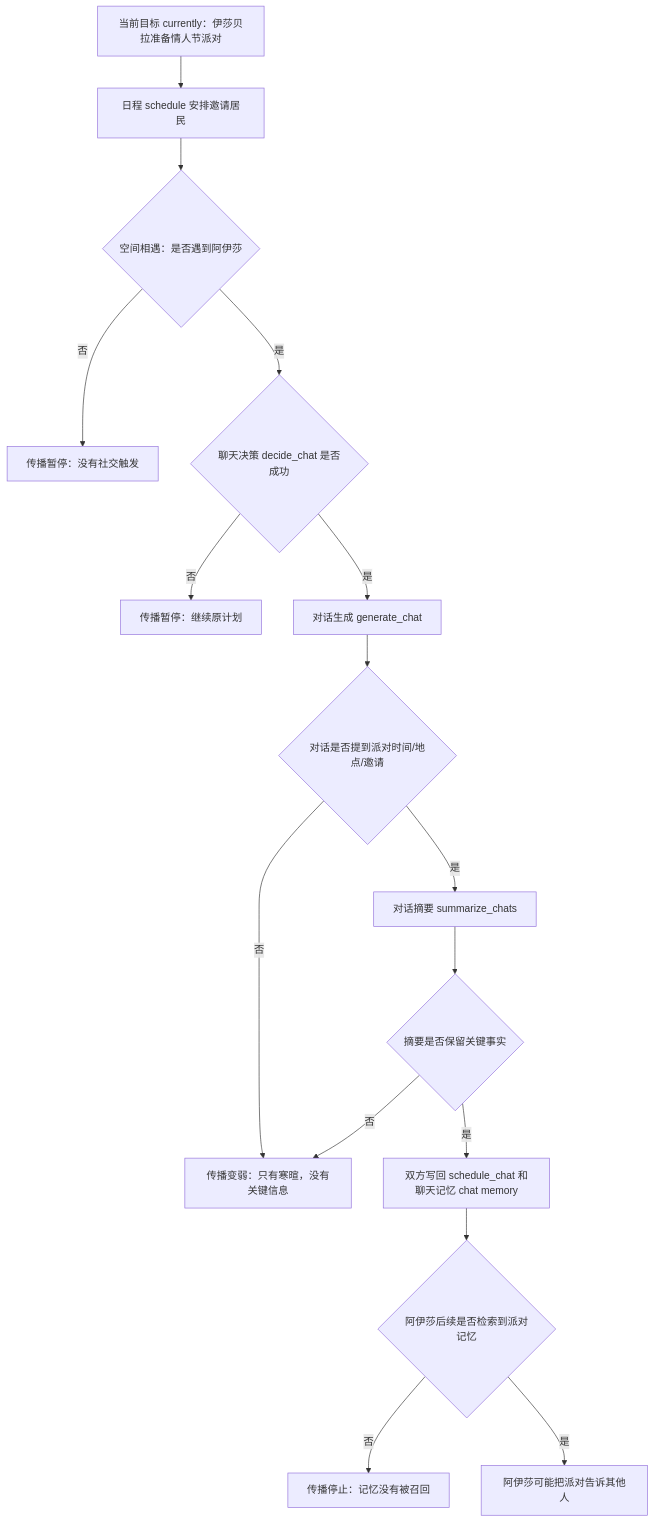
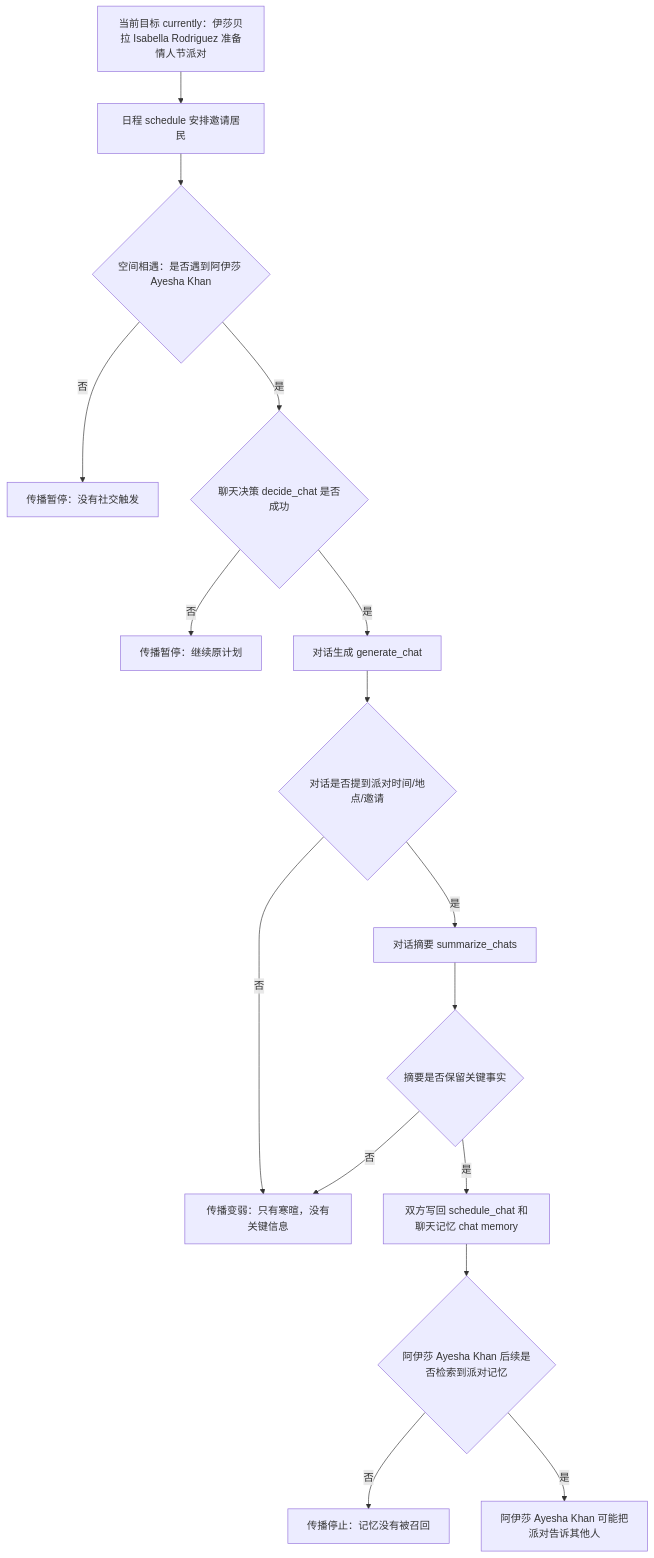
One commit to tbkken/GenerativeAgentsCN changed diagram 12 of 14 in docs/book/manuscript/part_03/chapter_20.md. Above: the diagram before and after it, drawn with Mermaid. The commit also changed other lines of this file and 51 other files, not shown here.

````diff
--- a/docs/book/manuscript/part_03/chapter_20.md
+++ b/docs/book/manuscript/part_03/chapter_20.md
@@ -1143,18 +1143,18 @@
 ```mermaid
 flowchart TD
-    Goal["当前目标 currently：伊莎贝拉准备情人节派对"] --> Plan["日程 schedule 安排邀请居民"]
-    Plan --> Meet{"空间相遇：是否遇到阿伊莎"}
+    Goal["当前目标 currently：伊莎贝拉 Isabella Rodriguez 准备情人节派对"] --> Plan["日程 schedule 安排邀请居民"]
+    Plan --> Meet{"空间相遇：是否遇到阿伊莎 Ayesha Khan"}
     Meet -->|否| Stop1["传播暂停：没有社交触发"]
     Meet -->|是| Decide{"聊天决策 decide_chat 是否成功"}
     Decide -->|否| Stop2["传播暂停：继续原计划"]
     Decide -->|是| Chat["对话生成 generate_chat"]
     Chat --> Mention{"对话是否提到派对时间/地点/邀请"}
     Mention -->|否| Weak["传播变弱：只有寒暄，没有关键信息"]
     Mention -->|是| Summary["对话摘要 summarize_chats"]
     Summary --> Keep{"摘要是否保留关键事实"}
     Keep -->|否| Weak
     Keep -->|是| Write["双方写回 schedule_chat 和聊天记忆 chat memory"]
-    Write --> Retrieve{"阿伊莎后续是否检索到派对记忆"}
+    Write --> Retrieve{"阿伊莎 Ayesha Khan 后续是否检索到派对记忆"}
     Retrieve -->|否| Stop3["传播停止：记忆没有被召回"]
-    Retrieve -->|是| Spread["阿伊莎可能把派对告诉其他人"]
+    Retrieve -->|是| Spread["阿伊莎 Ayesha Khan 可能把派对告诉其他人"]
 ```
````
